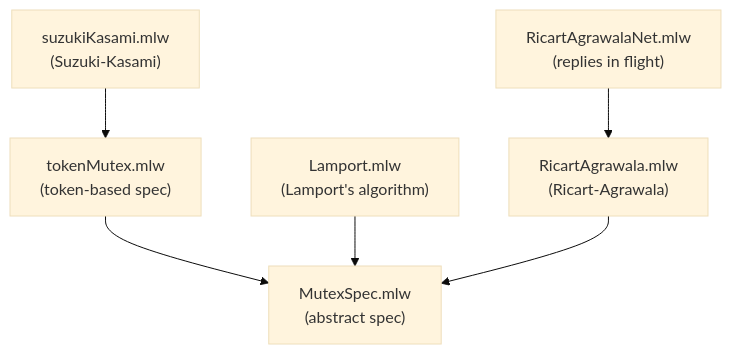
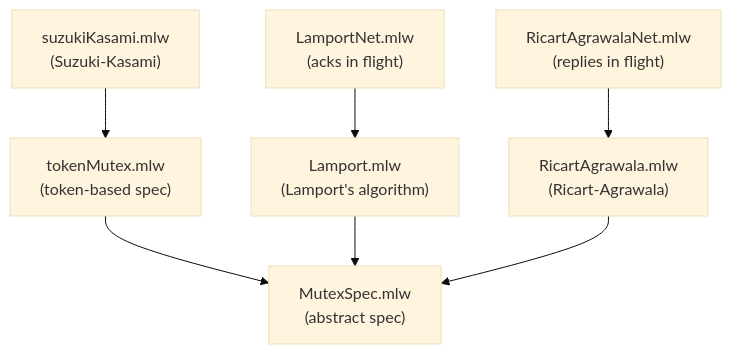
Before and after one commit to haslab/why3do-v2: the diagram in examples/mutualExclusionDistributed/README.md, drawn with Mermaid (base theme). The commit also changed other lines of this file and 4 other files, not shown here.

````diff
--- a/examples/mutualExclusionDistributed/README.md
+++ b/examples/mutualExclusionDistributed/README.md
@@ -35,15 +40,17 @@
 ```mermaid
 graph TD
     spec["MutexSpec.mlw<br/>(abstract spec)"]
     token["tokenMutex.mlw<br/>(token-based spec)"]
     lamport["Lamport.mlw<br/>(Lamport's algorithm)"]
+    lamportnet["LamportNet.mlw<br/>(acks in flight)"]
     ricart["RicartAgrawala.mlw<br/>(Ricart-Agrawala)"]
     ricartnet["RicartAgrawalaNet.mlw<br/>(replies in flight)"]
     suzuki["suzukiKasami.mlw<br/>(Suzuki-Kasami)"]
 
     token --> spec
     lamport --> spec
+    lamportnet --> lamport
     ricart --> spec
     ricartnet --> ricart
     suzuki --> token
 ```
````
